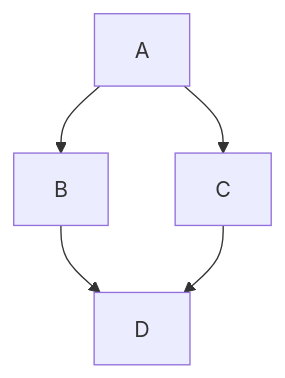
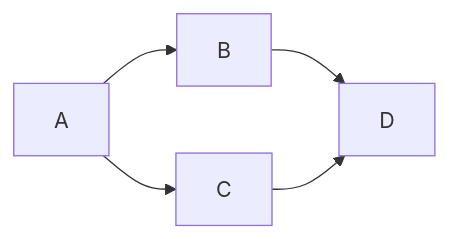
The first of 2 diagrams in openshift-service-mesh.md (rhthsa/openshift-demo), drawn with Mermaid before and after one commit. The commit also changed other lines of this file, not shown here.

Commit message:
test mermaid 9

````diff
--- a/openshift-service-mesh.md
+++ b/openshift-service-mesh.md
@@ -24,7 +24,7 @@
 ```mermaid
-graph TD
+graph LR
     A-->B
     A-->C
     B-->D
     C-->D
 ```
````
